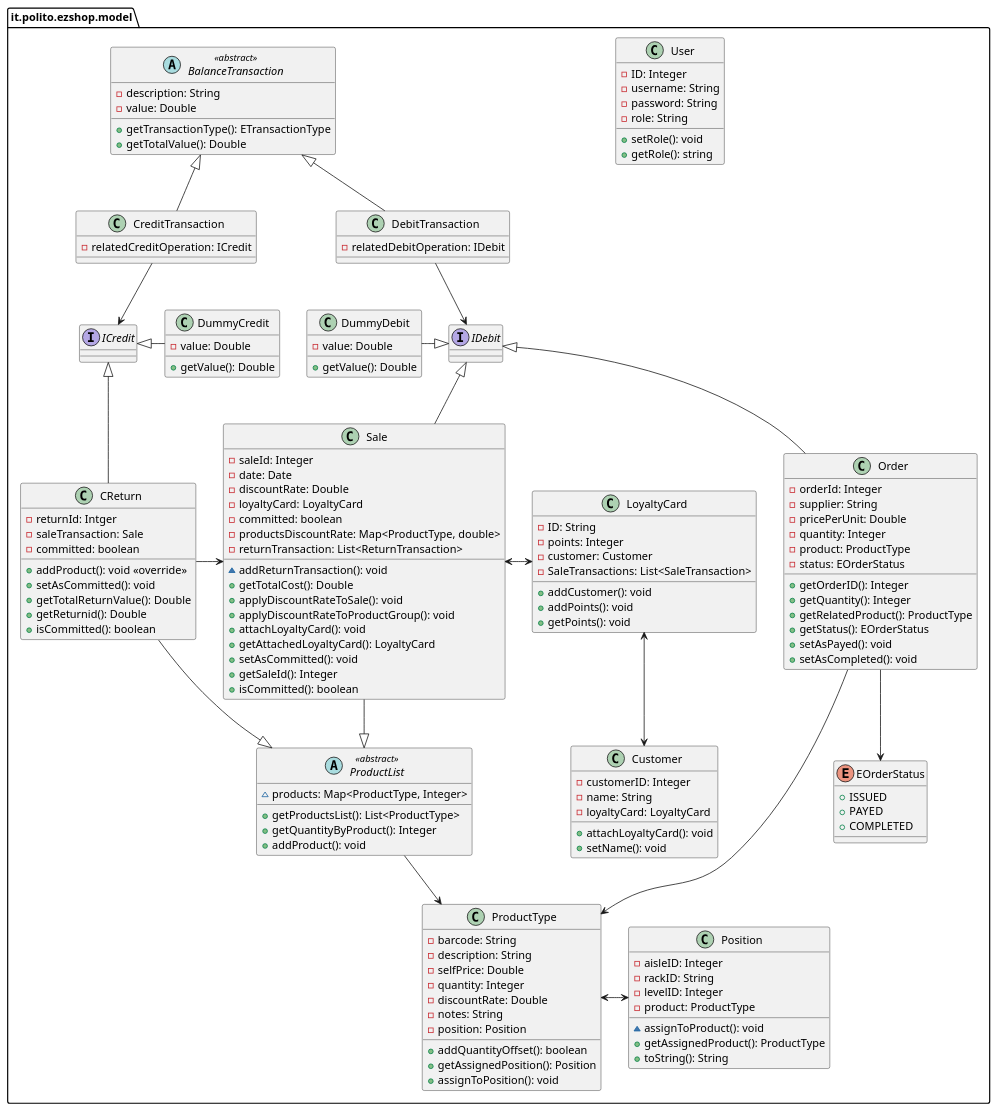
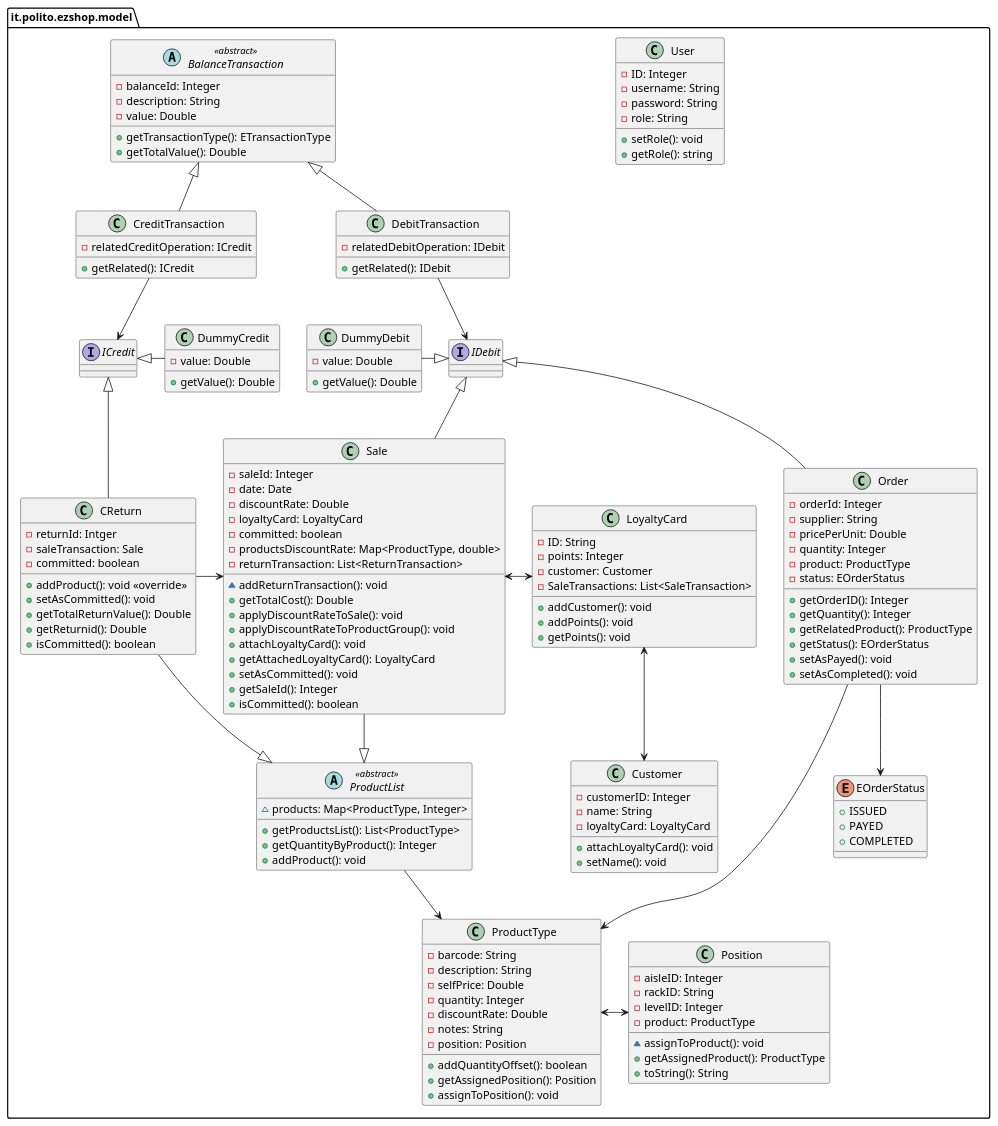
The third of 4 diagrams in Deliverables/DesignDocument.md (thegabriele97/EzShop), drawn with PlantUML before and after one commit.

Commit message:
docs: DesignDocument, updated class diagram

````diff
--- a/Deliverables/DesignDocument.md
+++ b/Deliverables/DesignDocument.md
@@ -173,5 +173,4 @@
 ```plantuml
-
 
 package "it.polito.ezshop.model" as model {
     class User {
@@ -265,6 +264,7 @@
     }
 
     abstract BalanceTransaction <<abstract>> {
+        -balanceId: Integer
         -description: String
         -value: Double
         +getTransactionType(): ETransactionType
@@ -299,10 +299,12 @@
 
     class CreditTransaction {
         -relatedCreditOperation: ICredit
+        +getRelated(): ICredit
     }
 
     class DebitTransaction {
         -relatedDebitOperation: IDebit
+        +getRelated(): IDebit
     }
 
     class DummyCredit {
````
